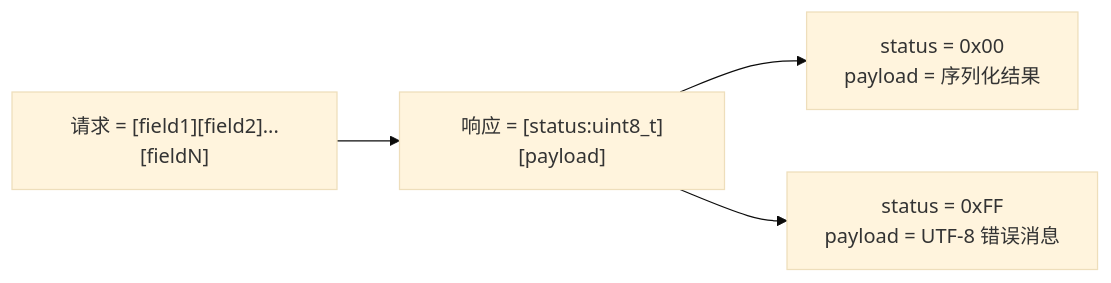
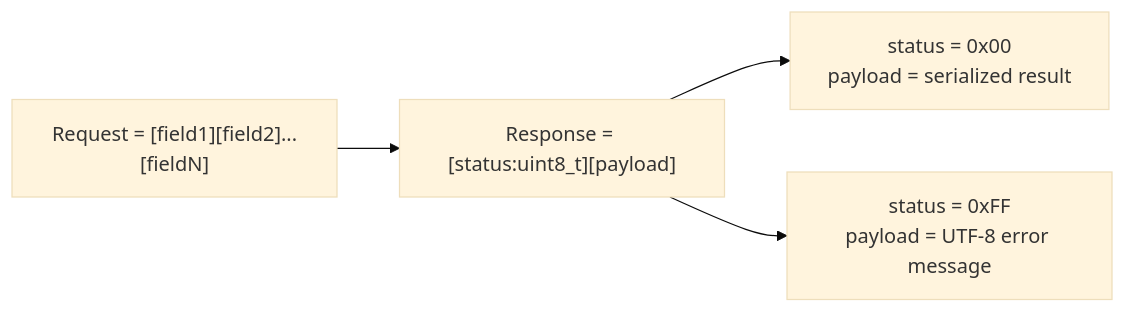
Before and after one commit to PassByYou888/LingoFuse-Tools: the third of 6 diagrams in src/pascal_c_to_abi/code_decl_to_abi_OPERATIONS.md, drawn with Mermaid (base theme). The commit also changed other lines of this file, not shown here.

````diff
--- a/src/pascal_c_to_abi/code_decl_to_abi_OPERATIONS.md
+++ b/src/pascal_c_to_abi/code_decl_to_abi_OPERATIONS.md
@@ -475,6 +486,6 @@
 ```mermaid
 flowchart LR
-    A["请求 = [field1][field2]...[fieldN]"] --> B["响应 = [status:uint8_t][payload]"]
-    B --> C["status = 0x00<br/>payload = 序列化结果"]
-    B --> D["status = 0xFF<br/>payload = UTF-8 错误消息"]
+    A["Request = [field1][field2]...[fieldN]"] --> B["Response = [status:uint8_t][payload]"]
+    B --> C["status = 0x00<br/>payload = serialized result"]
+    B --> D["status = 0xFF<br/>payload = UTF-8 error message"]
 ```
````
